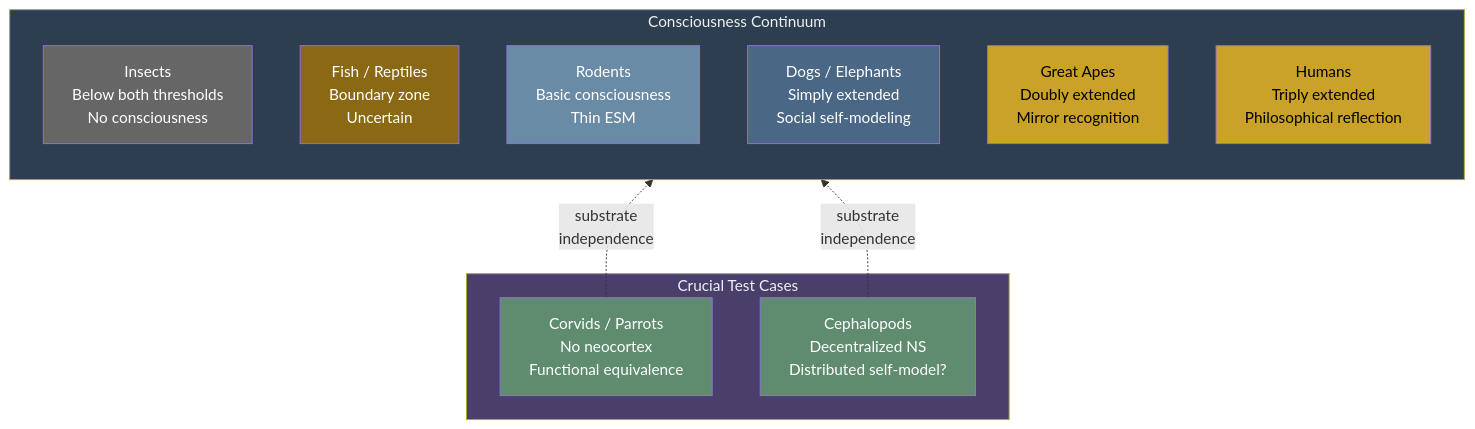
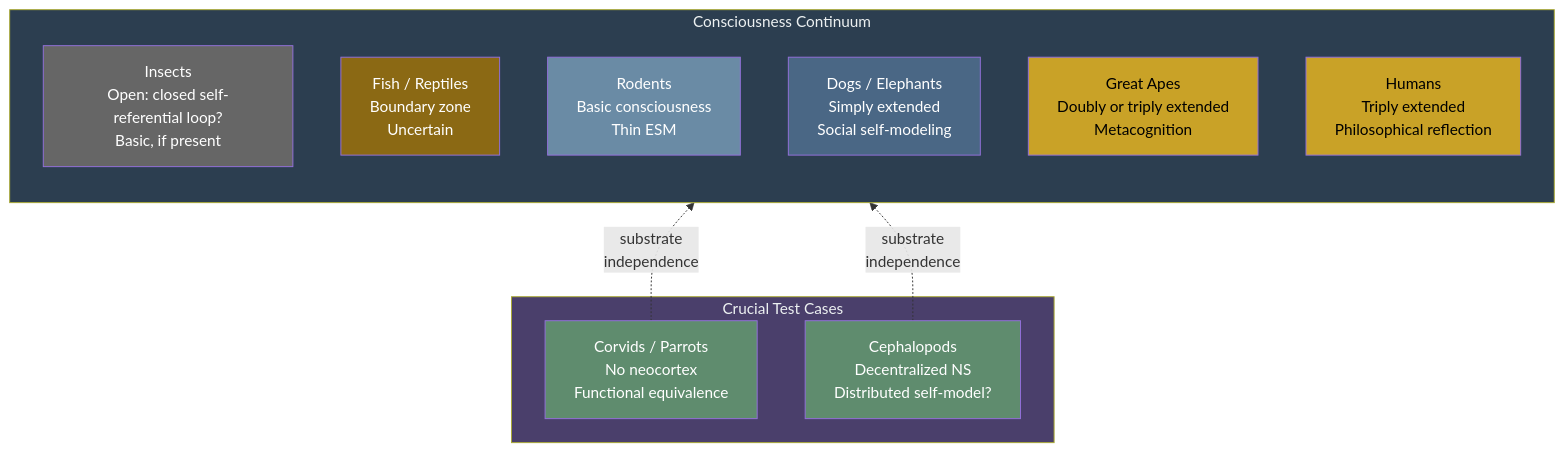
Before and after one commit to JeltzProstetnic/aIware: the diagram in wiki/phenomena/animal-consciousness.md, drawn with Mermaid. The commit also changed other lines of this file and 124 other files, not shown here.

````diff
--- a/wiki/phenomena/animal-consciousness.md
+++ b/wiki/phenomena/animal-consciousness.md
@@ -59,31 +59,31 @@
 ```mermaid
 graph BT
     subgraph Continuum["Consciousness Continuum"]
         direction BT
-        Insects["Insects<br/>Below both thresholds<br/>No consciousness"]
+        Insects["Insects<br/>Open: closed self-referential loop?<br/>Basic, if present"]
         Fish["Fish / Reptiles<br/>Boundary zone<br/>Uncertain"]
         Rodents["Rodents<br/>Basic consciousness<br/>Thin ESM"]
         Dogs["Dogs / Elephants<br/>Simply extended<br/>Social self-modeling"]
-        Primates["Great Apes<br/>Doubly extended<br/>Mirror recognition"]
+        Primates["Great Apes<br/>Doubly or triply extended<br/>Metacognition"]
         Humans["Humans<br/>Triply extended<br/>Philosophical reflection"]
     end
 
     subgraph TestCases["Crucial Test Cases"]
         Corvids["Corvids / Parrots<br/>No neocortex<br/>Functional equivalence"]
         Cephalopods["Cephalopods<br/>Decentralized NS<br/>Distributed self-model?"]
     end
 
     Corvids -.->|"substrate<br/>independence"| Dogs
     Cephalopods -.->|"substrate<br/>independence"| Rodents
 
     style Continuum fill:#2c3e50,color:#ecf0f1
     style TestCases fill:#4a3f6b,color:#ecf0f1
     style Insects fill:#666,color:#fff
     style Fish fill:#8b6914,color:#fff
     style Rodents fill:#6a8ba5,color:#fff
     style Dogs fill:#4a6785,color:#fff
     style Primates fill:#c9a227,color:#000
     style Humans fill:#c9a227,color:#000
     style Corvids fill:#5f8c6e,color:#fff
     style Cephalopods fill:#5f8c6e,color:#fff
 ```
````
